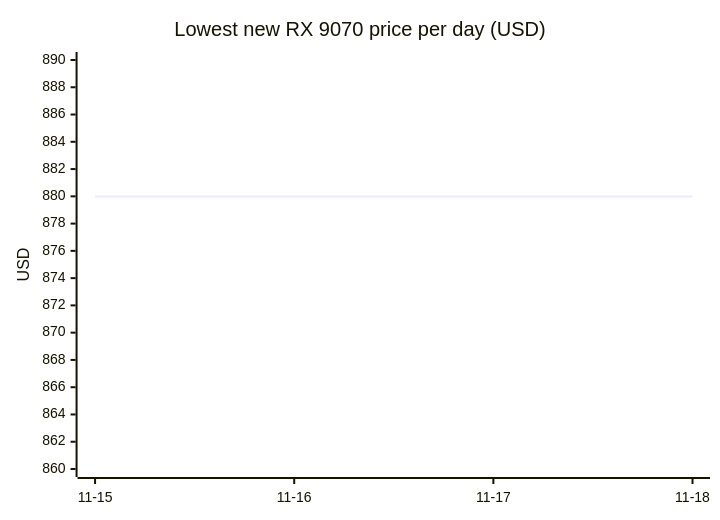
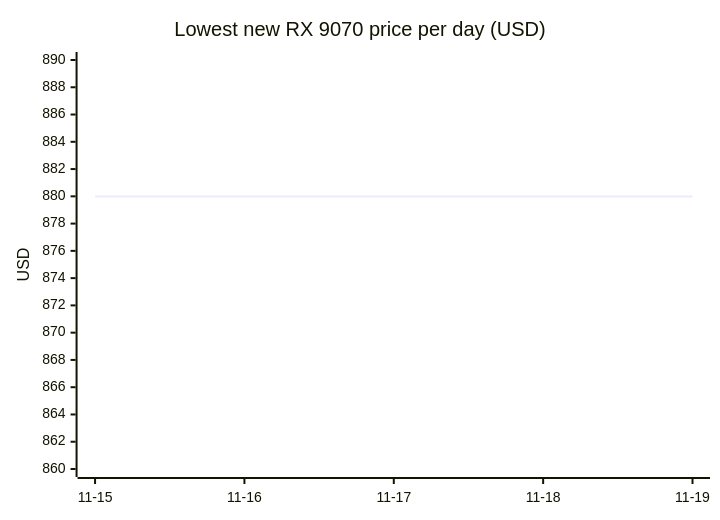
Before and after one commit to 7324136828/4tb_ssd_price_watch: diagram 12 of 18 in README.md, drawn with Mermaid. The commit also changed other lines of this file, not shown here.

````diff
--- a/README.md
+++ b/README.md
@@ -874,7 +954,7 @@
 ```mermaid
 xychart-beta
     title "Lowest new RX 9070 price per day (USD)"
-    x-axis ["11-15", "11-16", "11-17", "11-18"]
+    x-axis ["11-15", "11-16", "11-17", "11-18", "11-19"]
     y-axis "USD" 860 --> 890
-    line [879.99, 879.99, 879.99, 879.99]
+    line [879.99, 879.99, 879.99, 879.99, 879.99]
 ```
````
